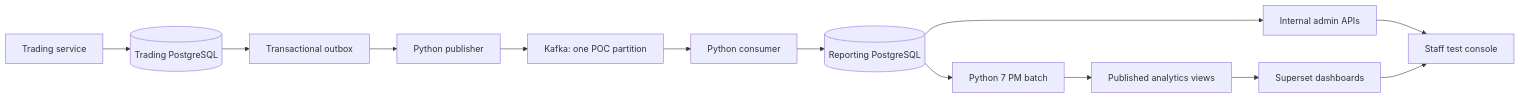
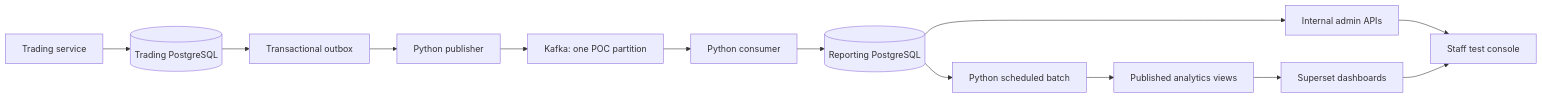
The diagram in docs/admin-analytics/architecture.md (AidanJones14/asset-avengers-project), drawn with Mermaid before and after one commit. The commit also changed other lines of this file and 56 other files, not shown here.

````diff
--- a/docs/admin-analytics/architecture.md
+++ b/docs/admin-analytics/architecture.md
@@ -11,15 +11,15 @@
 ```mermaid
 flowchart LR
     T[Trading service] --> D[(Trading PostgreSQL)]
     D --> O[Transactional outbox]
     O --> P[Python publisher]
     P --> K[Kafka: one POC partition]
     K --> C[Python consumer]
     C --> R[(Reporting PostgreSQL)]
     R --> A[Internal admin APIs]
-    R --> B[Python 7 PM batch]
+    R --> B[Python scheduled batch]
     B --> V[Published analytics views]
     V --> S[Superset dashboards]
     A --> UI[Staff test console]
     S --> UI
 ```
````
